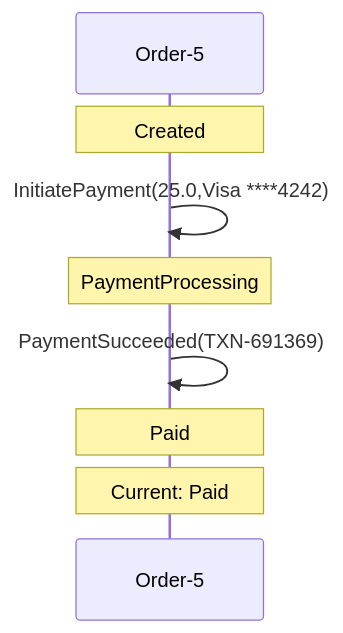
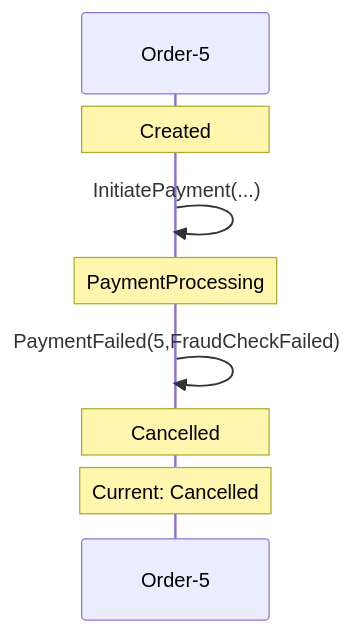
Before and after one commit to Iterable/mechanoid: the second of 3 diagrams in docs/visualizations/order-5-trace.md, drawn with Mermaid. The commit also changed other lines of this file and 52 other files, not shown here.

````diff
--- a/docs/visualizations/order-5-trace.md
+++ b/docs/visualizations/order-5-trace.md
@@ -45,10 +32,10 @@
 ```mermaid
 sequenceDiagram
     participant FSM as Order-5
     Note over FSM: Created
-    FSM->>FSM: InitiatePayment(25.0,Visa ****4242)
+    FSM->>FSM: InitiatePayment(...)
     Note over FSM: PaymentProcessing
-    FSM->>FSM: PaymentSucceeded(TXN-691369)
-    Note over FSM: Paid
-    Note over FSM: Current: Paid
+    FSM->>FSM: PaymentFailed(5,FraudCheckFailed)
+    Note over FSM: Cancelled
+    Note over FSM: Current: Cancelled
 ```
````
